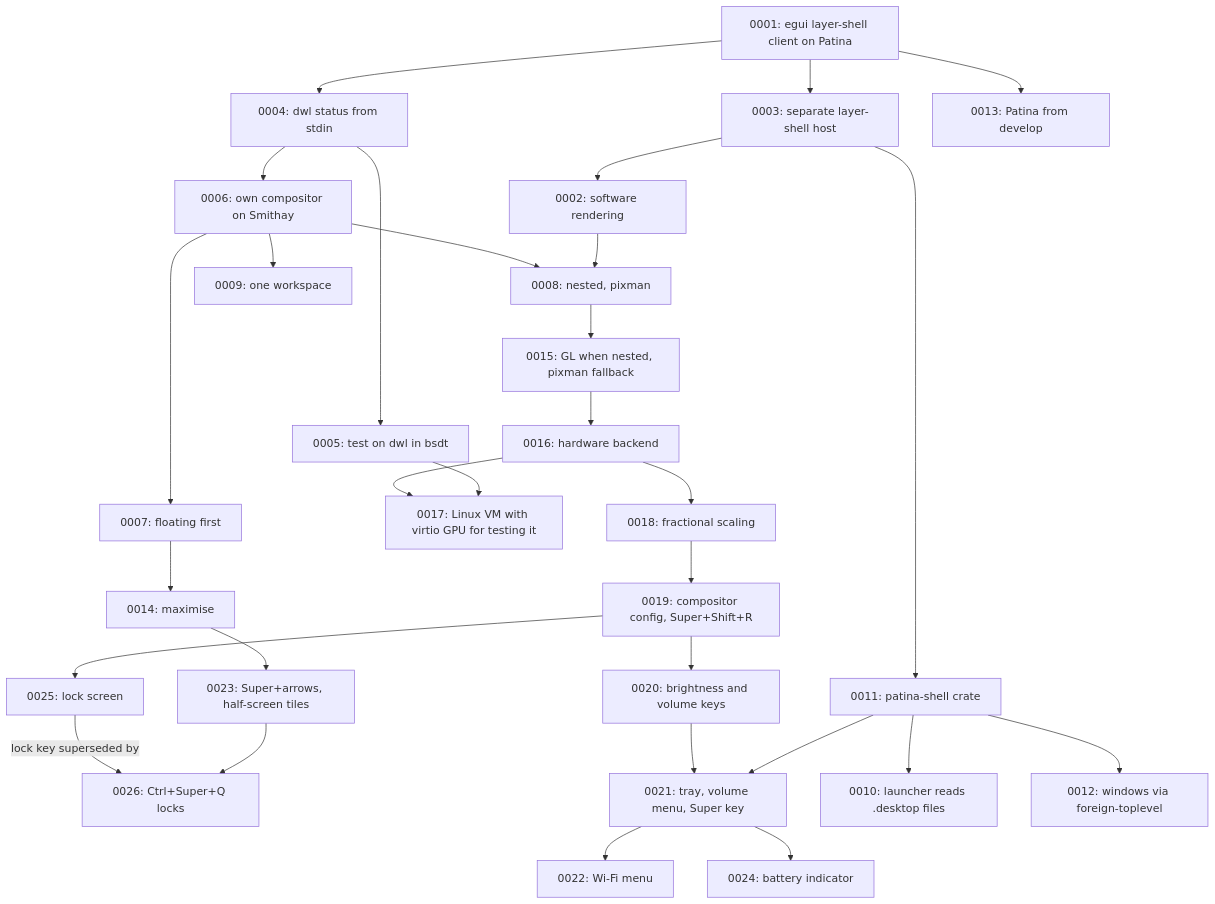
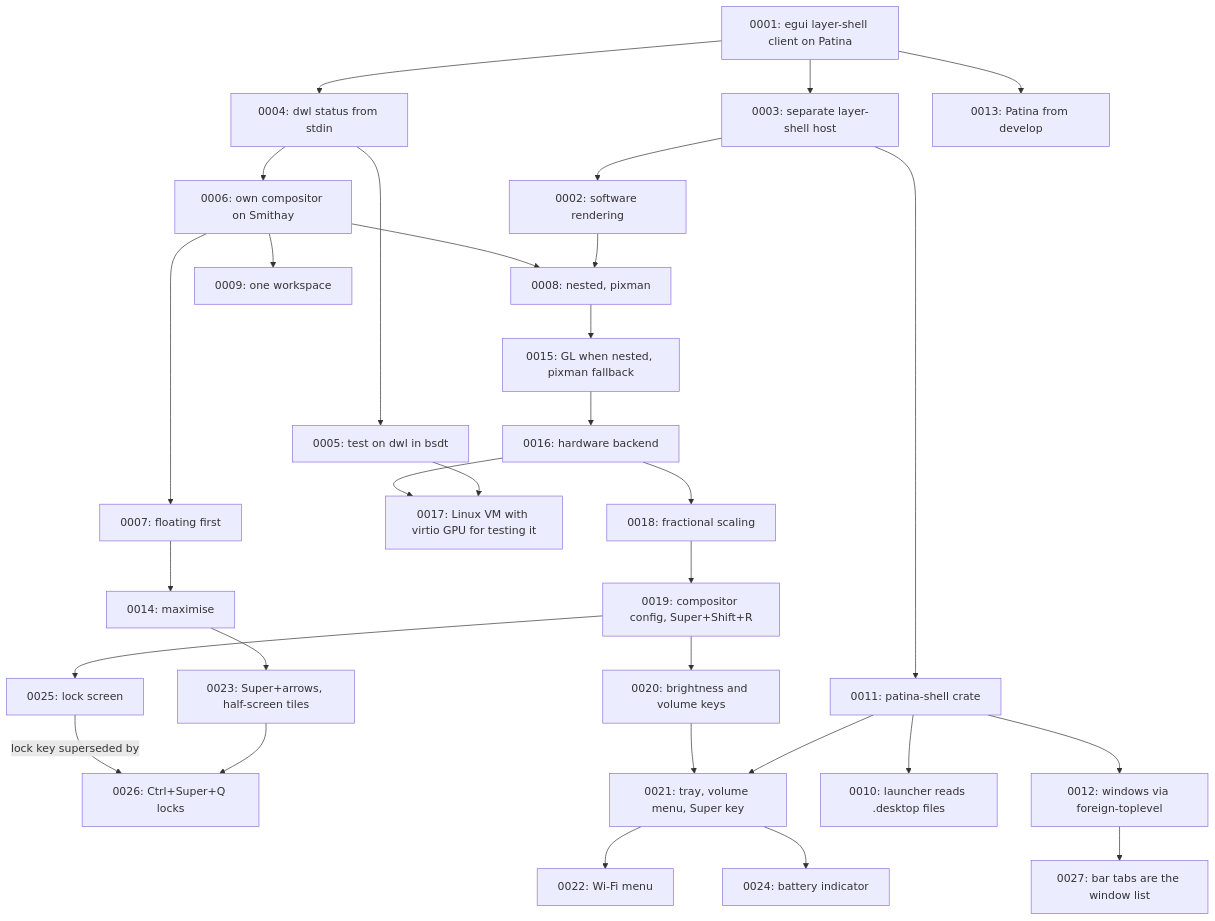
Before and after one commit to Sector-F-Labs/patina-desktop: the diagram in docs/adr/README.md, drawn with Mermaid. The commit also changed other lines of this file and 9 other files, not shown here.

First line of the commit message:
The bar's tabs are the window list: Alt+Tab steps along them, closing focuses the neighbour

````diff
--- a/docs/adr/README.md
+++ b/docs/adr/README.md
@@ -74,32 +75,33 @@
 ```mermaid
 flowchart TD
     A[0001: egui layer-shell client on Patina] --> B[0003: separate layer-shell host]
     B --> C[0002: software rendering]
     A --> D[0004: dwl status from stdin]
     D --> E[0005: test on dwl in bsdt]
     D --> F[0006: own compositor on Smithay]
     F --> G[0007: floating first]
     G --> N[0014: maximise]
     N --> W[0023: Super+arrows, half-screen tiles]
     F --> H[0008: nested, pixman]
     H --> O[0015: GL when nested, pixman fallback]
     O --> P[0016: hardware backend]
     P --> Q[0017: Linux VM with virtio GPU for testing it]
     P --> R[0018: fractional scaling]
     R --> S[0019: compositor config, Super+Shift+R]
     S --> T[0020: brightness and volume keys]
     S --> Y[0025: lock screen]
     Y -->|lock key superseded by| Z[0026: Ctrl+Super+Q locks]
     W --> Z
     T --> U[0021: tray, volume menu, Super key]
     U --> V[0022: Wi-Fi menu]
     U --> X[0024: battery indicator]
     K --> U
     E --> Q
     C --> H
     F --> I[0009: one workspace]
     B --> K[0011: patina-shell crate]
     K --> J[0010: launcher reads .desktop files]
     K --> L[0012: windows via foreign-toplevel]
+    L --> AA[0027: bar tabs are the window list]
     A --> M[0013: Patina from develop]
 ```
````
